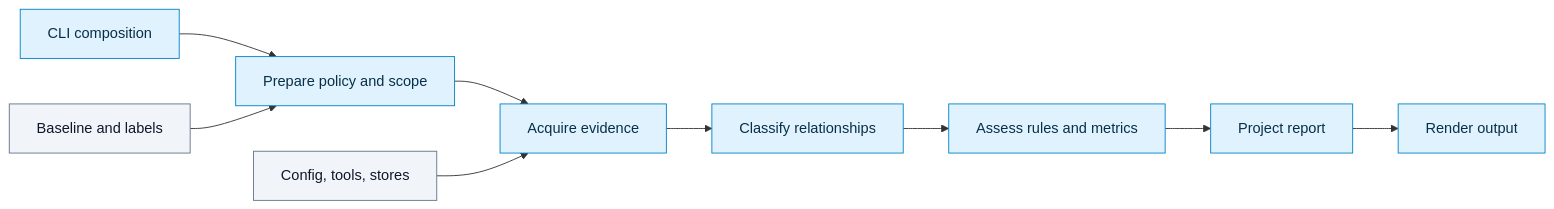
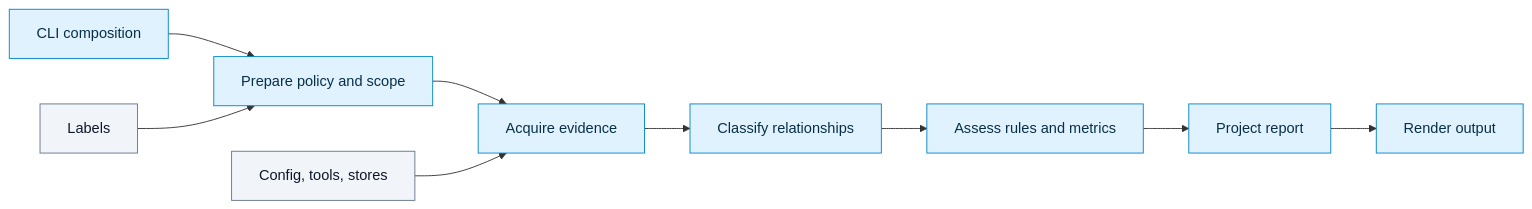
Before and after one commit to alexei-led/archfit: the first of 2 diagrams in docs/architecture.md, drawn with Mermaid. The commit also changed other lines of this file and 82 other files, not shown here.

````diff
--- a/docs/architecture.md
+++ b/docs/architecture.md
@@ -20,18 +20,18 @@
 ```mermaid
 flowchart LR
   cli[CLI composition] --> prep[Prepare policy and scope]
   prep --> acquire[Acquire evidence]
   acquire --> relate[Classify relationships]
   relate --> assess[Assess rules and metrics]
   assess --> project[Project report]
   project --> output[Render output]
   adapters[Config, tools, stores] --> acquire
-  stores[Baseline and labels] --> prep
+  stores[Labels] --> prep
   classDef neutral fill:#f1f5f9,stroke:#64748b,color:#0f172a
   classDef process fill:#e0f2fe,stroke:#0284c7,color:#082f49
   classDef healthy fill:#dcfce7,stroke:#16a34a,color:#14532d
   classDef attention fill:#fef3c7,stroke:#d97706,color:#451a03
   classDef blocked fill:#fee2e2,stroke:#dc2626,color:#7f1d1d
   class cli,prep,acquire,relate,assess,project,output process
   class adapters,stores neutral
 ```
````
